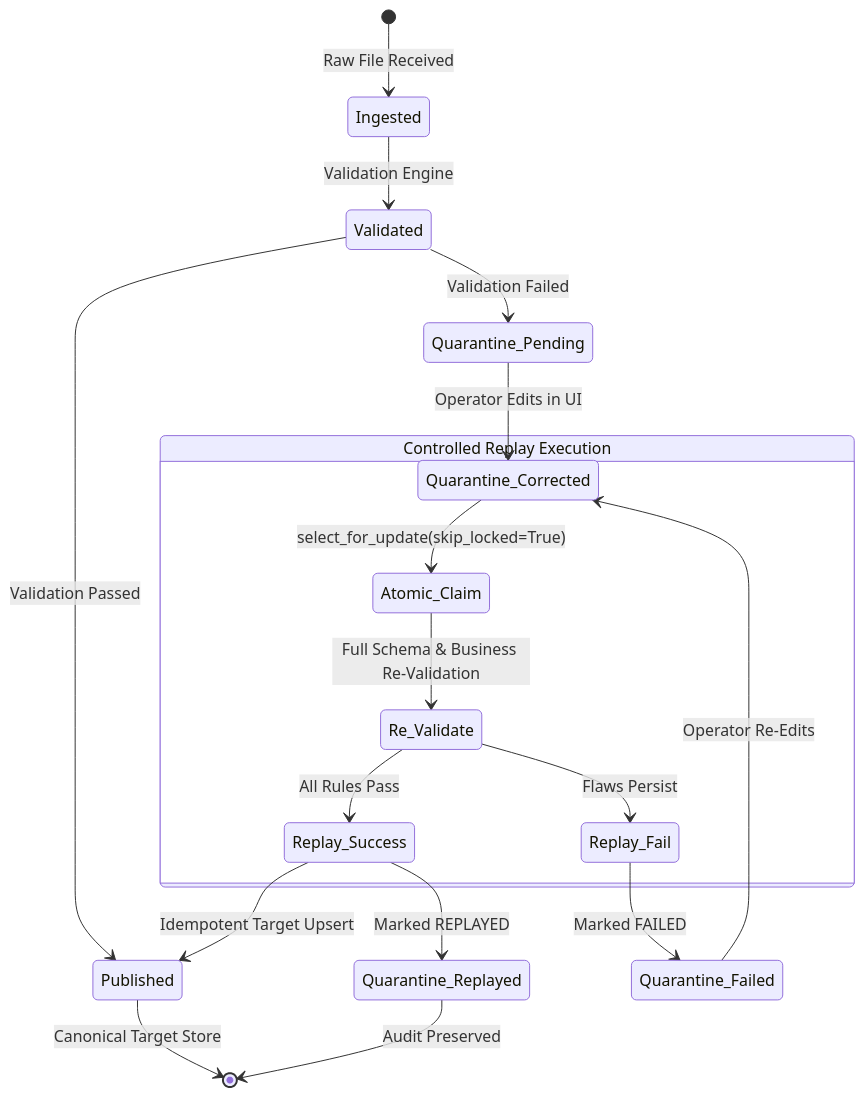
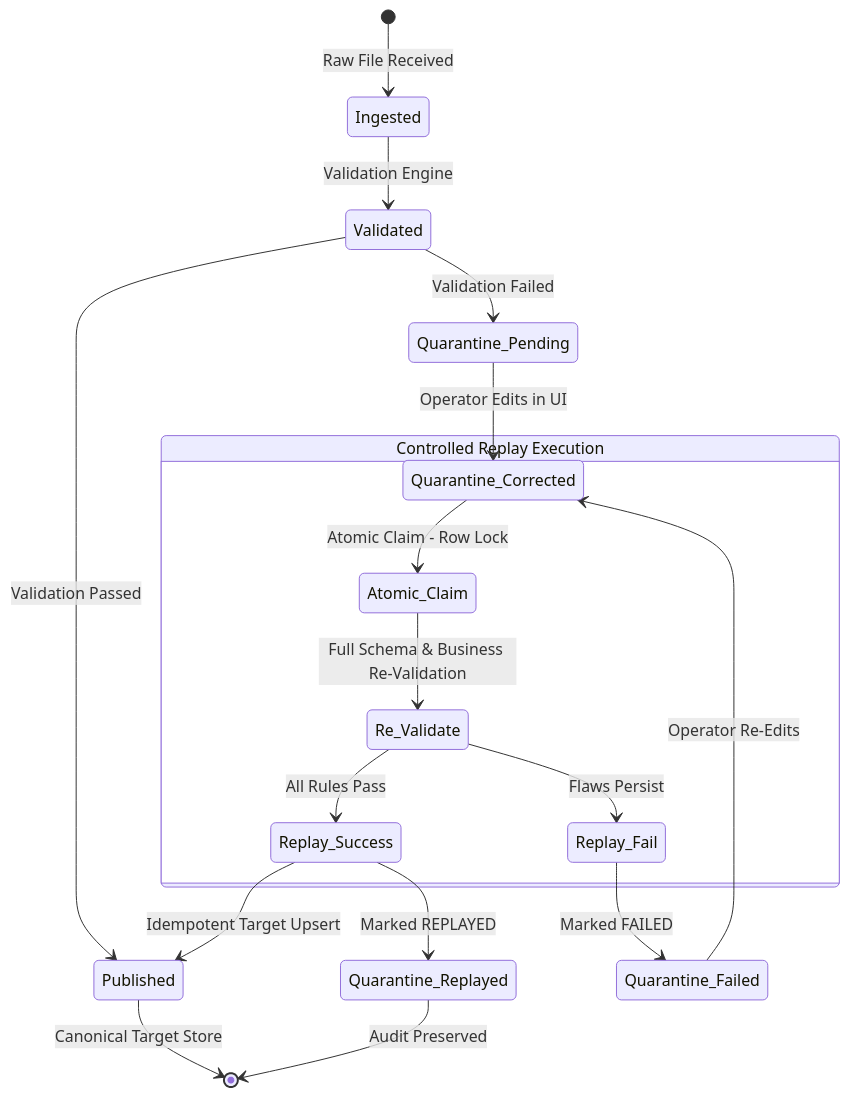
The second of 2 diagrams in docs/architecture.md (hamid-razak-khan/data-quality-recovery-pipeline), drawn with Mermaid before and after one commit. The commit also changed other lines of this file and 2 other files, not shown here.

Commit message:
Fix Mermaid diagram and KaTeX math syntax for GitHub rendering

````diff
--- a/docs/architecture.md
+++ b/docs/architecture.md
@@ -110,26 +110,26 @@
 ```mermaid
 stateDiagram-v2
     [*] --> Ingested: Raw File Received
     Ingested --> Validated: Validation Engine
     
     Validated --> Published: Validation Passed
     Published --> [*]: Canonical Target Store
 
     Validated --> Quarantine_Pending: Validation Failed
     
     Quarantine_Pending --> Quarantine_Corrected: Operator Edits in UI
     
     state "Controlled Replay Execution" as ReplayOp {
-        Quarantine_Corrected --> Atomic_Claim: select_for_update(skip_locked=True)
+        Quarantine_Corrected --> Atomic_Claim: Atomic Claim - Row Lock
         Atomic_Claim --> Re_Validate: Full Schema & Business Re-Validation
         Re_Validate --> Replay_Success: All Rules Pass
         Re_Validate --> Replay_Fail: Flaws Persist
     }
 
     Replay_Success --> Published: Idempotent Target Upsert
     Replay_Success --> Quarantine_Replayed: Marked REPLAYED
     Quarantine_Replayed --> [*]: Audit Preserved
 
     Replay_Fail --> Quarantine_Failed: Marked FAILED
     Quarantine_Failed --> Quarantine_Corrected: Operator Re-Edits
 ```
````
